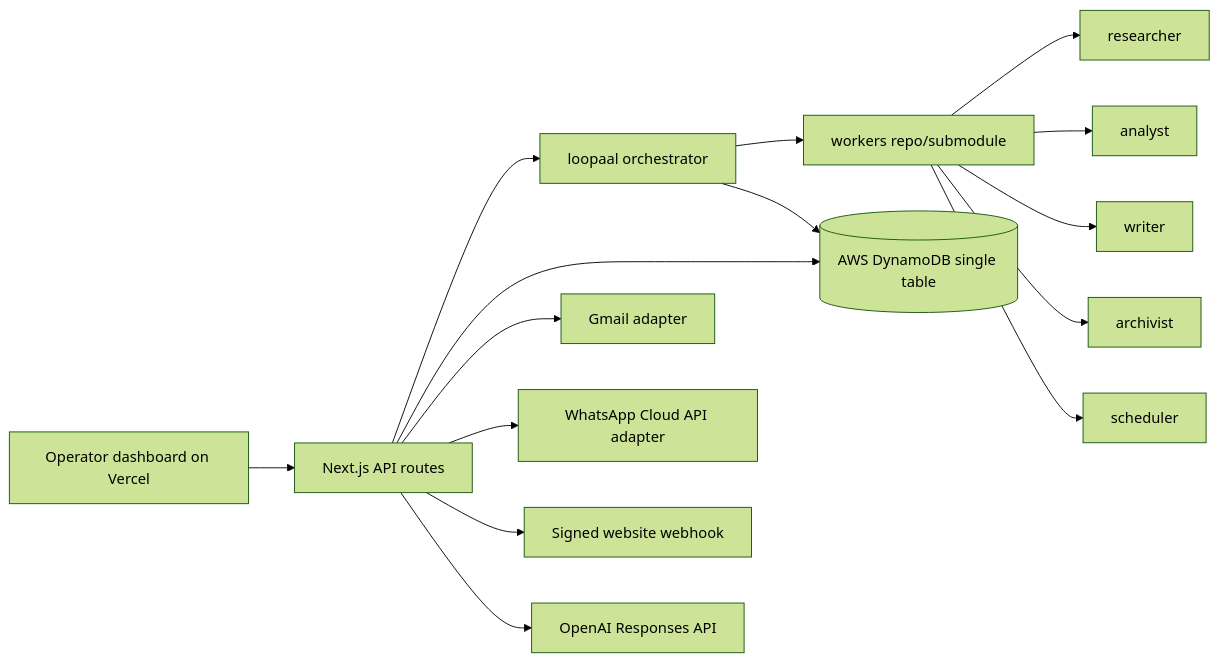
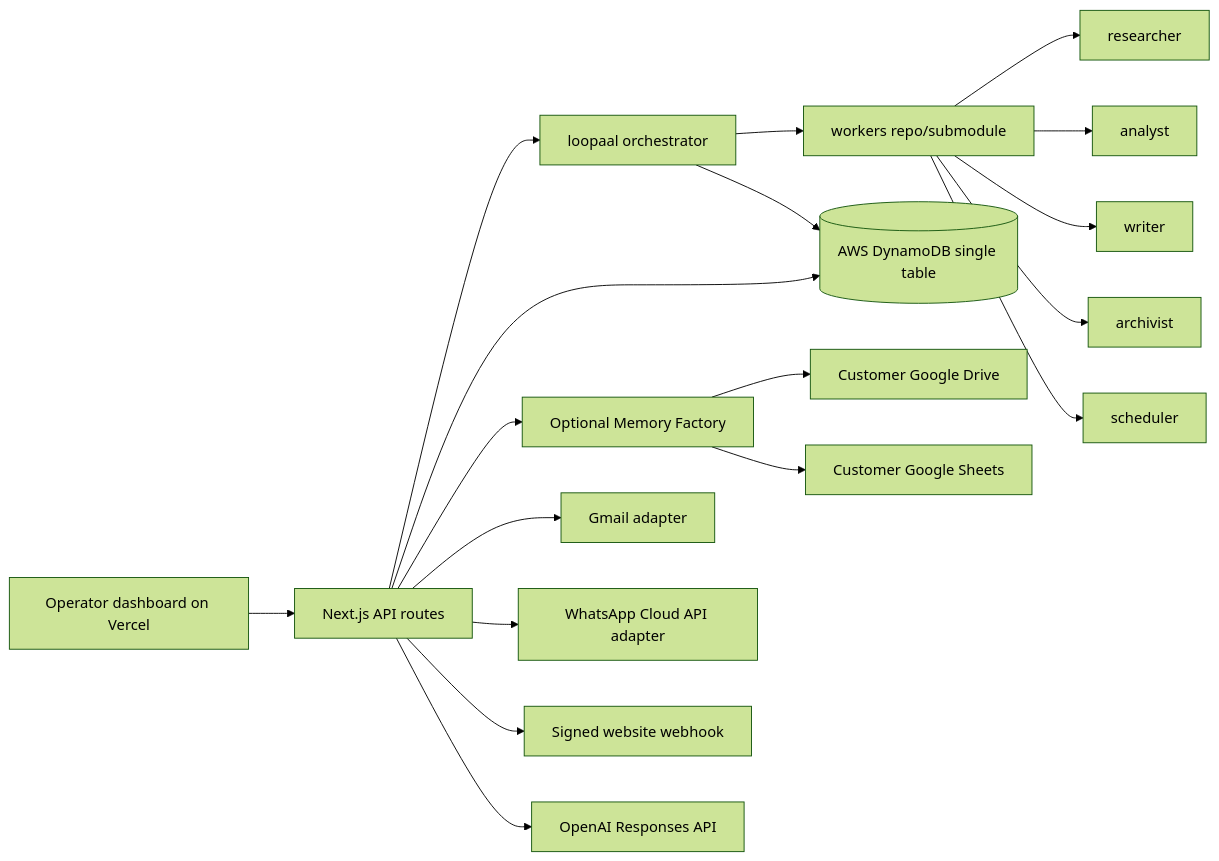
The diagram in Architecture.md (2Cloud-S/loopaal), drawn with Mermaid (forest theme) before and after one commit. The commit also changed other lines of this file and 18 other files, not shown here.

Commit message:
Implement Google Drive Sheets memory factory

````diff
--- a/Architecture.md
+++ b/Architecture.md
@@ -3,17 +3,20 @@
 ```mermaid
 flowchart LR
   Operator["Operator dashboard on Vercel"] --> API["Next.js API routes"]
   API --> Orchestrator["loopaal orchestrator"]
   Orchestrator --> Workers["workers repo/submodule"]
   Workers --> Researcher["researcher"]
   Workers --> Analyst["analyst"]
   Workers --> Writer["writer"]
   Workers --> Archivist["archivist"]
   Workers --> Scheduler["scheduler"]
   API --> DB[("AWS DynamoDB single table")]
+  API --> MemoryFactory["Optional Memory Factory"]
+  MemoryFactory --> Drive["Customer Google Drive"]
+  MemoryFactory --> Sheets["Customer Google Sheets"]
   Orchestrator --> DB
   API --> Gmail["Gmail adapter"]
   API --> WhatsApp["WhatsApp Cloud API adapter"]
   API --> Website["Signed website webhook"]
   API --> OpenAI["OpenAI Responses API"]
 ```
````
